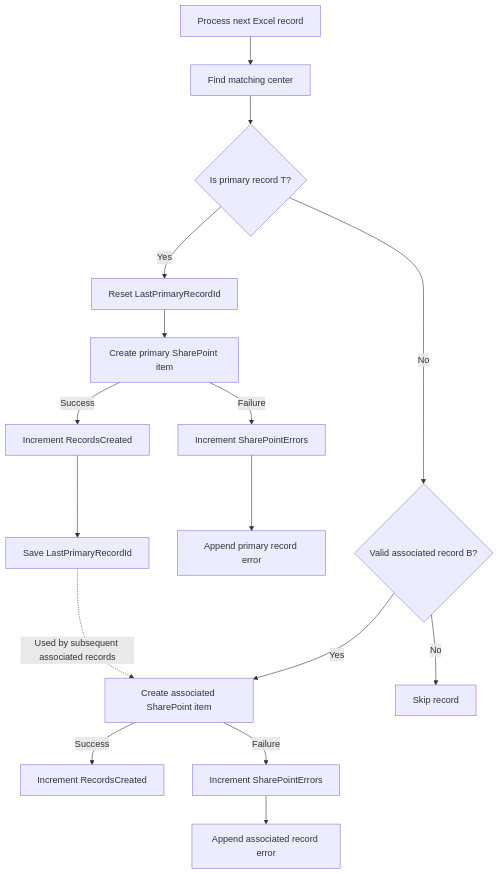
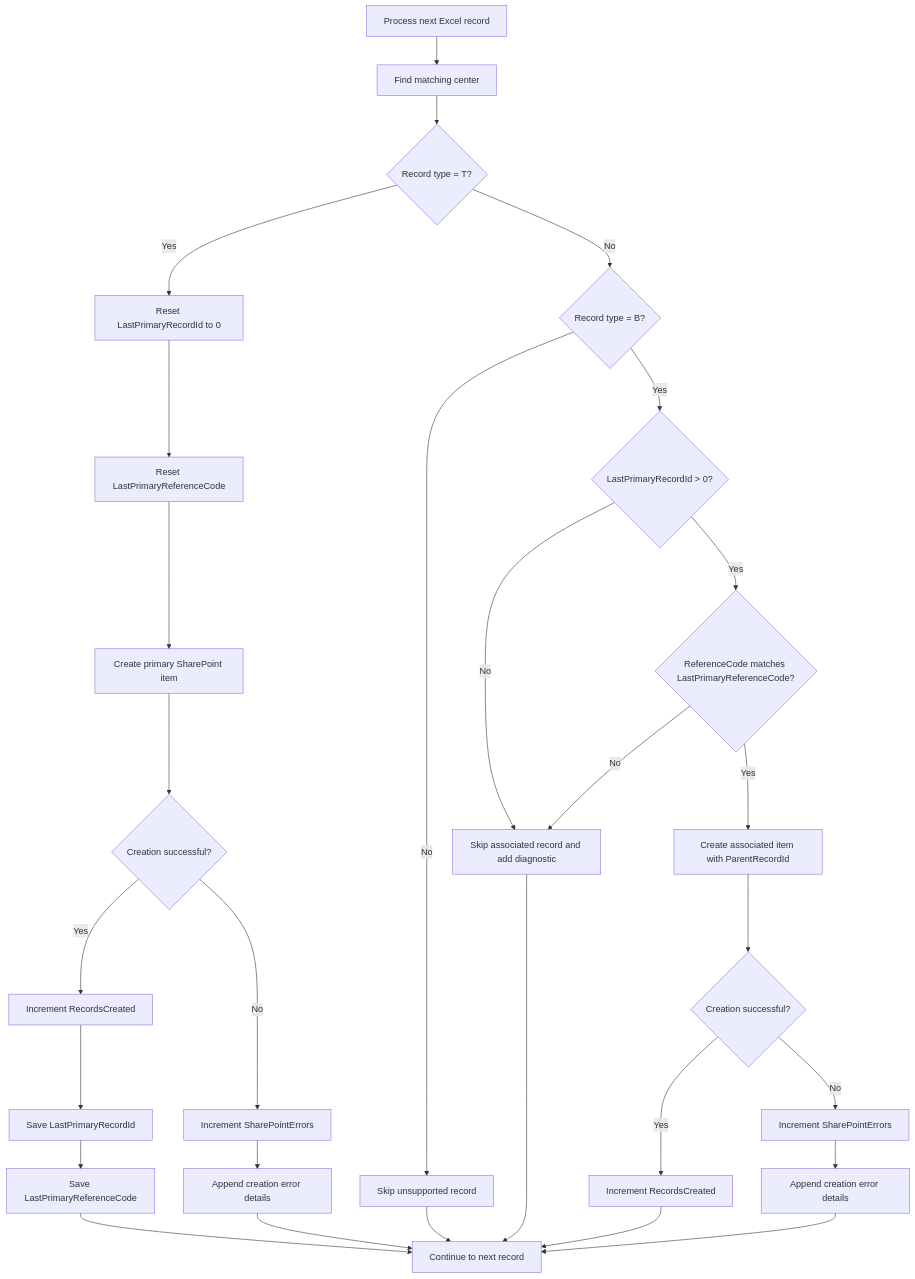
The second of 2 diagrams in Power-Automate/SharePoint-Excel-Automation/flows/FL02-demo/README.md (smartinmunoz/power-platform-portfolio), drawn with Mermaid before and after one commit. The commit also changed other lines of this file, not shown here.

Commit message:
docs: update FL02 record relationship diagram

````diff
--- a/Power-Automate/SharePoint-Excel-Automation/flows/FL02-demo/README.md
+++ b/Power-Automate/SharePoint-Excel-Automation/flows/FL02-demo/README.md
@@ -243,21 +242,39 @@
 ```mermaid
 flowchart TD
     A["Process next Excel record"] --> B["Find matching center"]
-    B --> C{"Is primary record T?"}
+    B --> C{"Record type = T?"}
 
-    C -->|Yes| D["Reset LastPrimaryRecordId"]
-    D --> E["Create primary SharePoint item"]
-    E -->|Success| F["Increment RecordsCreated"]
-    F --> G["Save LastPrimaryRecordId"]
-    E -->|Failure| H["Increment SharePointErrors"]
-    H --> I["Append primary record error"]
+    C -->|Yes| D["Reset LastPrimaryRecordId to 0"]
+    D --> E["Reset LastPrimaryReferenceCode"]
+    E --> F["Create primary SharePoint item"]
+    F --> G{"Creation successful?"}
 
-    C -->|No| J{"Valid associated record B?"}
-    J -->|Yes| K["Create associated SharePoint item"]
-    K -->|Success| L["Increment RecordsCreated"]
-    K -->|Failure| M["Increment SharePointErrors"]
-    M --> N["Append associated record error"]
-    J -->|No| O["Skip record"]
+    G -->|Yes| H["Increment RecordsCreated"]
+    H --> I["Save LastPrimaryRecordId"]
+    I --> J["Save LastPrimaryReferenceCode"]
 
-    G -.->|"Used by subsequent associated records"| K
+    G -->|No| K["Increment SharePointErrors"]
+    K --> L["Append creation error details"]
+
+    C -->|No| M{"Record type = B?"}
+    M -->|No| N["Skip unsupported record"]
+    M -->|Yes| O{"LastPrimaryRecordId > 0?"}
+
+    O -->|No| P["Skip associated record and add diagnostic"]
+    O -->|Yes| Q{"ReferenceCode matches LastPrimaryReferenceCode?"}
+
+    Q -->|No| P
+    Q -->|Yes| R["Create associated item with ParentRecordId"]
+    R --> S{"Creation successful?"}
+
+    S -->|Yes| T["Increment RecordsCreated"]
+    S -->|No| U["Increment SharePointErrors"]
+    U --> V["Append creation error details"]
+
+    J --> W["Continue to next record"]
+    L --> W
+    N --> W
+    P --> W
+    T --> W
+    V --> W
 ```
````
